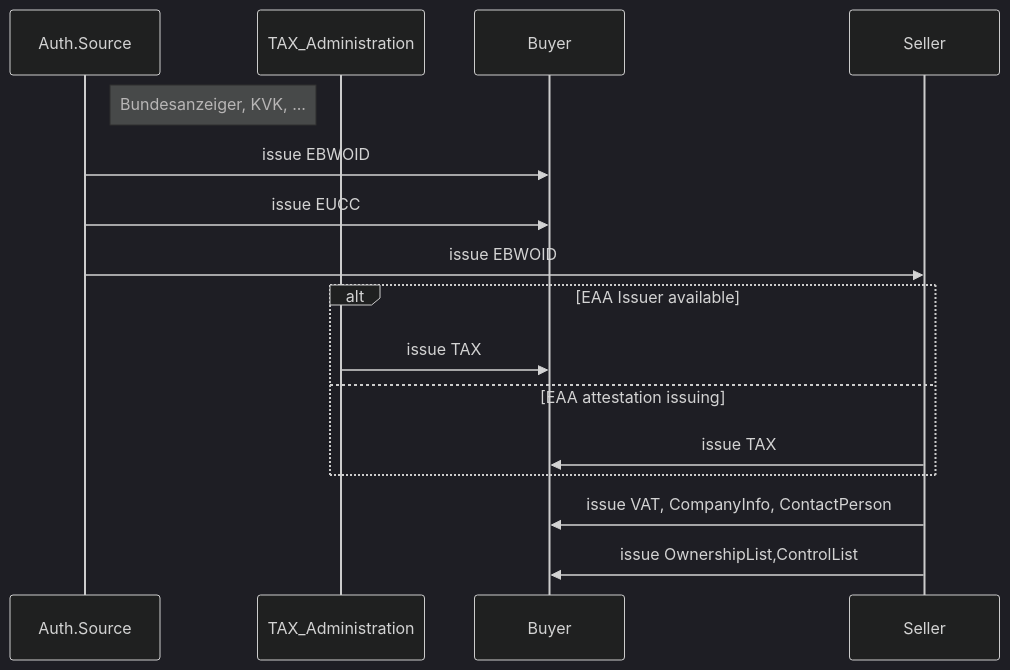
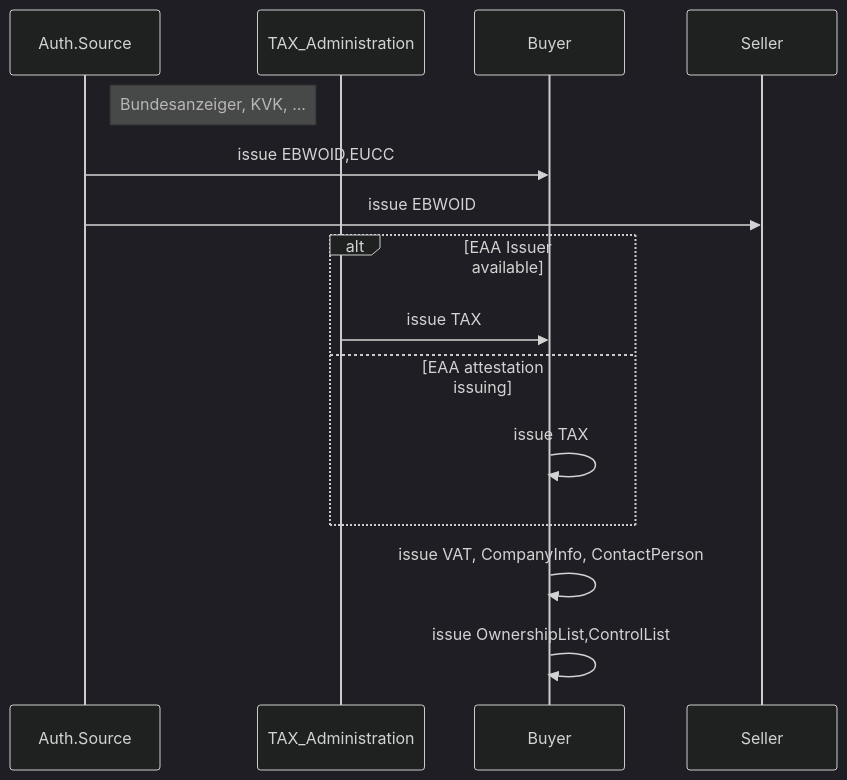
Before and after one commit to DominicHurni/wp3-technology-standards: the first of 7 diagrams in BU1/BU1_KYC.md, drawn with Mermaid (dark theme). The commit also changed 1 other file, not shown here.

Commit message:
PA3 changes

````diff
--- a/BU1/BU1_KYC.md
+++ b/BU1/BU1_KYC.md
@@ -20,21 +20,20 @@
 ```mermaid
 sequenceDiagram
     participant Auth.Source 
     note right of Auth.Source : Bundesanzeiger, KVK, ...
     participant TAX_Administration 
     participant Buyer
     participant Seller
 
-    Auth.Source ->> Buyer : issue EBWOID  
-    Auth.Source ->> Buyer : issue EUCC
+    Auth.Source ->> Buyer : issue EBWOID,EUCC
     Auth.Source ->> Seller : issue EBWOID
     
     alt EAA Issuer available
         TAX_Administration ->> Buyer : issue TAX
     else EAA attestation issuing
-        Seller ->> Buyer: issue TAX
+        Buyer ->> Buyer: issue TAX
     end
-    
-    Seller ->> Buyer: issue VAT, CompanyInfo, ContactPerson
-    Seller ->> Buyer: issue OwnershipList,ControlList
+  
+    Buyer ->> Buyer: issue VAT, CompanyInfo, ContactPerson
+    Buyer ->> Buyer: issue OwnershipList,ControlList
 ```
````
